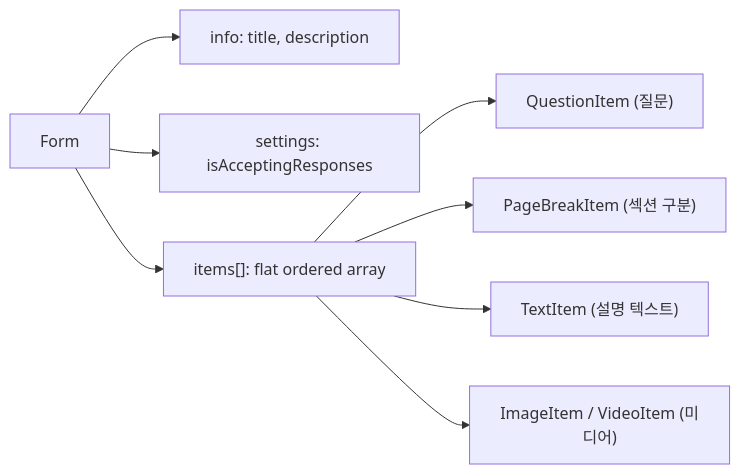
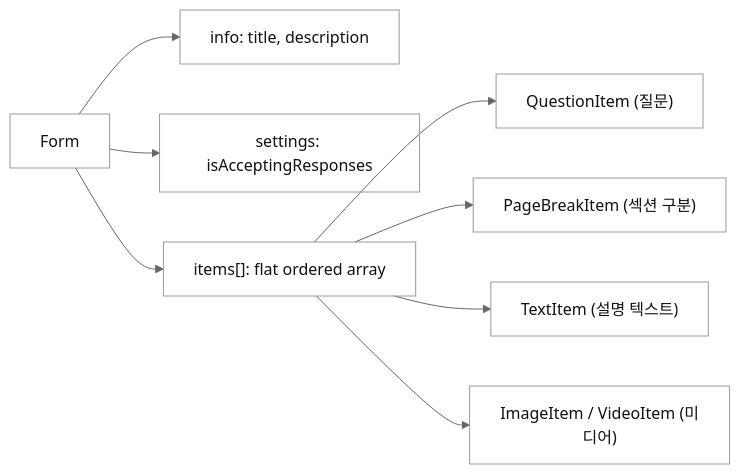
Before and after one commit to quipu-uos/blueprint: the second of 11 diagrams in 2026-renewal/feature/04-recruit-form-cms.md, drawn with Mermaid. The commit also changed other lines of this file, not shown here.

Commit message:
docs(recruit): refine timeline and mermaid rendering

````diff
--- a/2026-renewal/feature/04-recruit-form-cms.md
+++ b/2026-renewal/feature/04-recruit-form-cms.md
@@ -152,10 +157,11 @@
 ```mermaid
+%%{init: {'theme':'base','themeVariables': {'primaryColor':'transparent','primaryBorderColor':'#999999','primaryTextColor':'#111111','lineColor':'#666666','secondaryColor':'transparent','tertiaryColor':'transparent','clusterBkg':'transparent','clusterBorder':'#999999'}}}%%
 graph LR
     Form --> Info["info: title, description"]
     Form --> Settings["settings: isAcceptingResponses"]
     Form --> Items["items[]: flat ordered array"]
     Items --> Q["QuestionItem (질문)"]
     Items --> PB["PageBreakItem (섹션 구분)"]
     Items --> T["TextItem (설명 텍스트)"]
     Items --> M["ImageItem / VideoItem (미디어)"]
 ```
````
